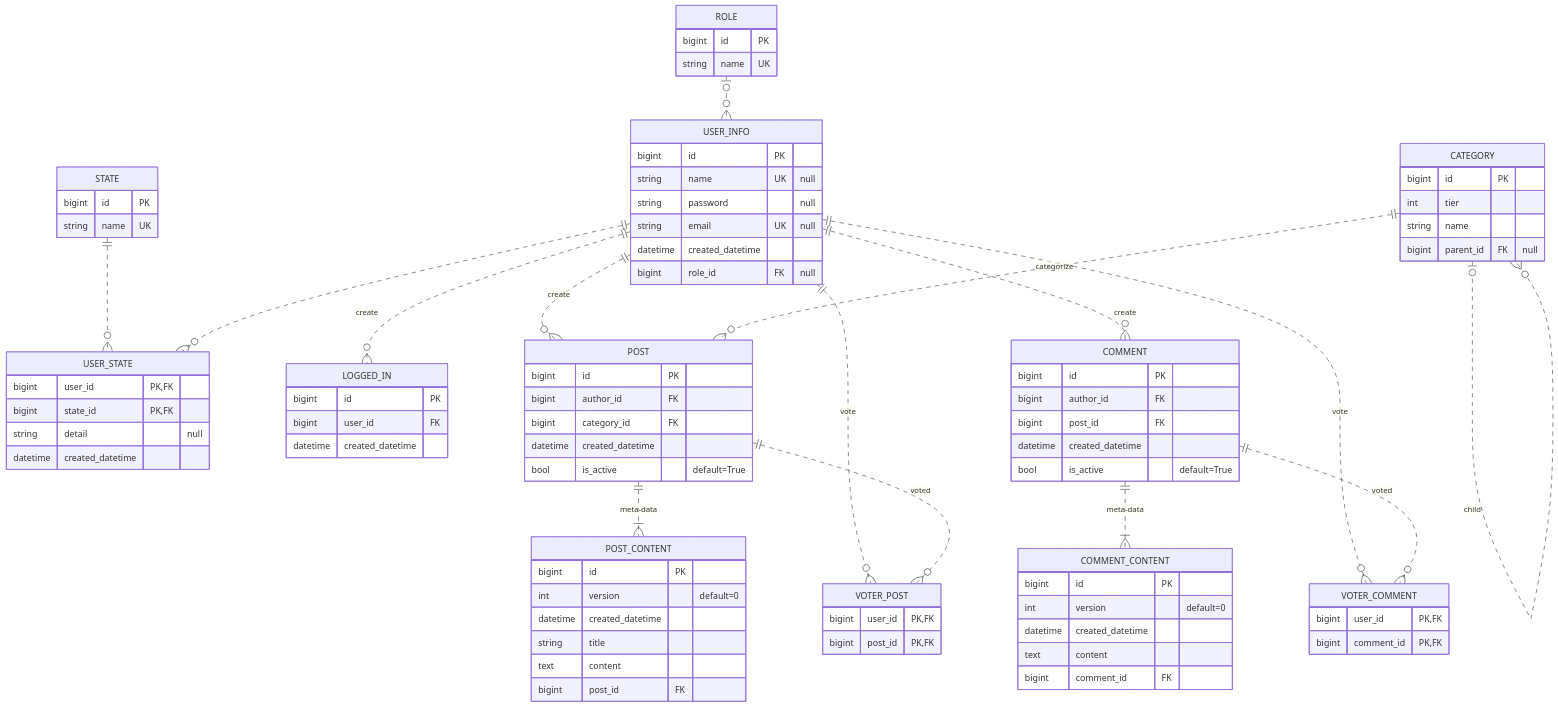
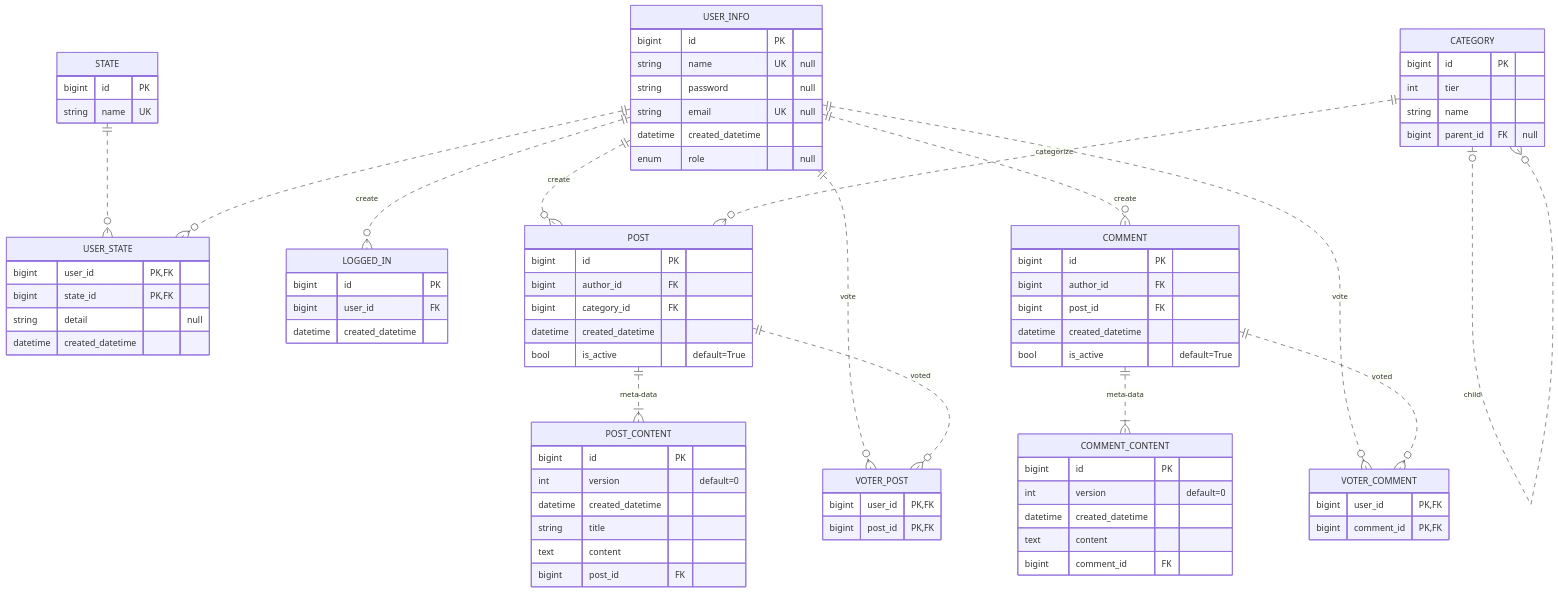
One commit to djccnt15/spring_board changed the diagram in README.md. Above: the diagram before and after it, drawn with Mermaid. The commit also changed 5 other files, not shown here.

Commit message:
change user role to Enum rm RoleEntity, RoleRepository create UserEnumConverter update ERD

````diff
--- a/README.md
+++ b/README.md
@@ -17,23 +17,17 @@
 ```mermaid
 erDiagram
-    ROLE {
-        bigint id   PK
-        string name UK
-    }
-
     STATE {
         bigint id   PK
         string name UK
     }
 
-    ROLE |o..o{ USER_INFO : ""
     USER_INFO {
         bigint      id                  PK
         string      name                UK  "null"
         string      password                "null"
         string      email               UK  "null"
         datetime    created_datetime
-        bigint      role_id             FK  "null"
+        enum      role                      "null"
     }
 
     STATE ||..o{ USER_STATE : ""
````
